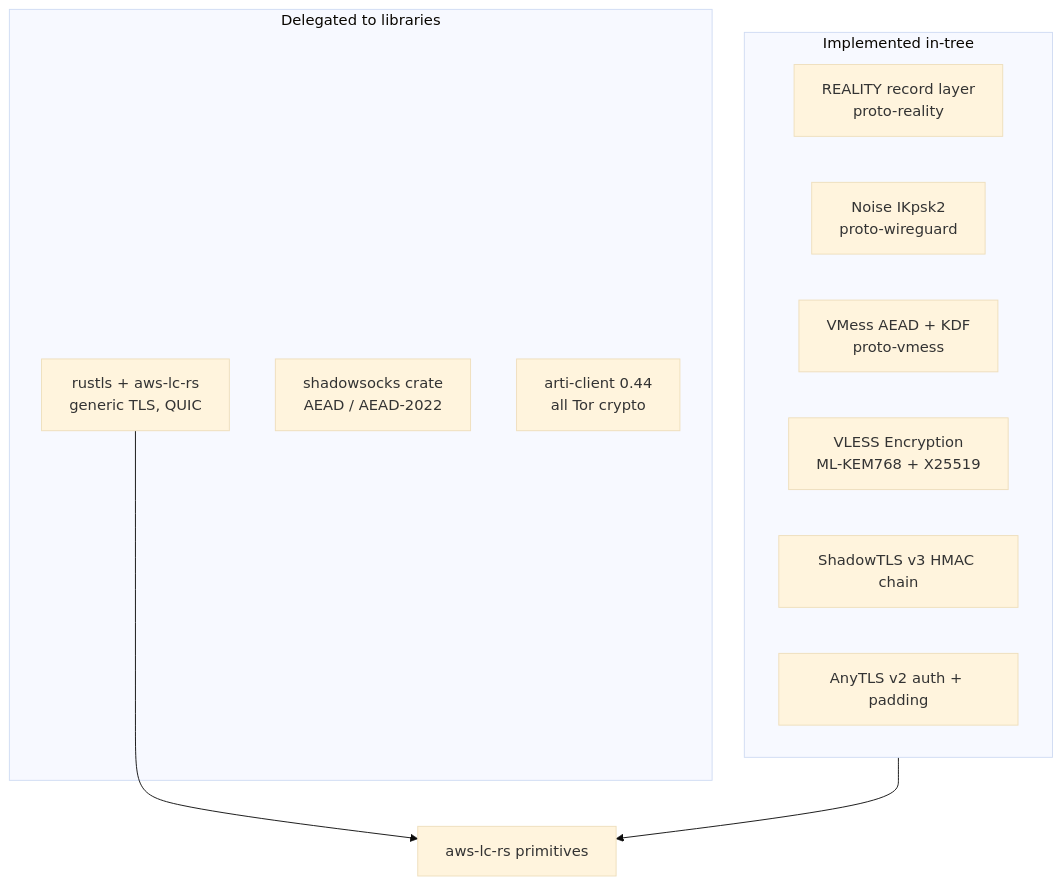
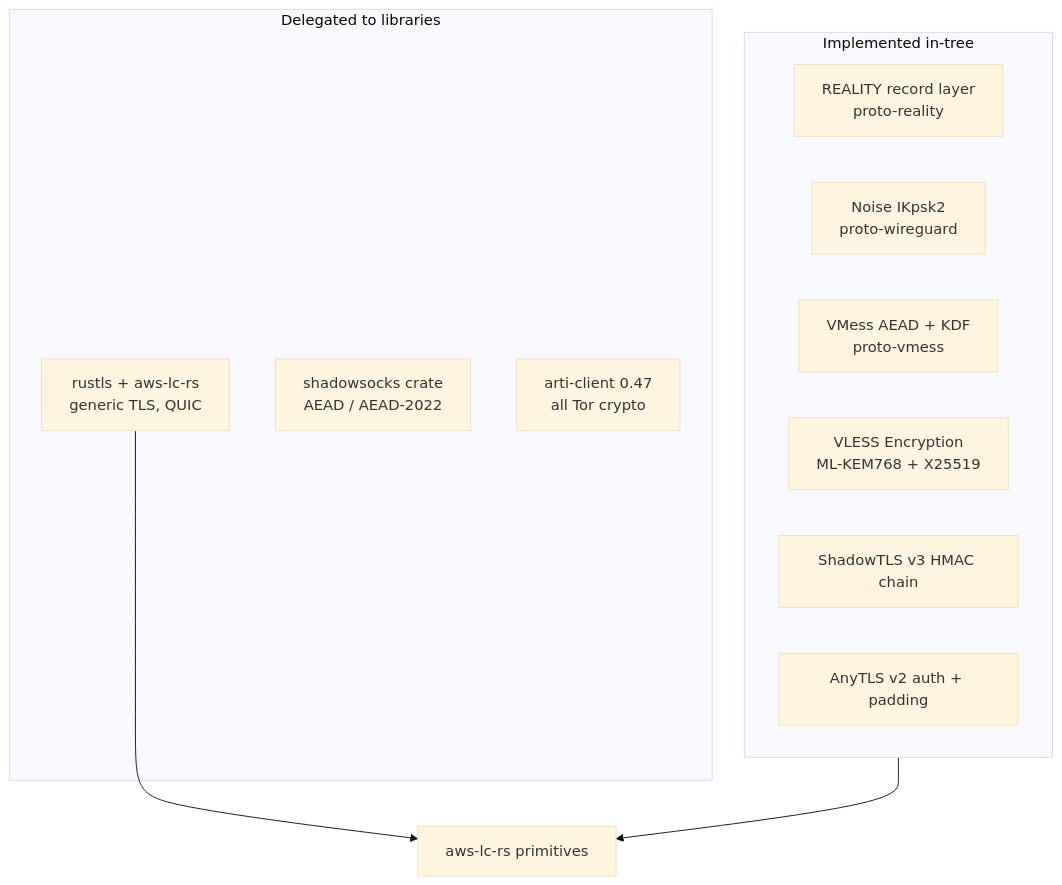
The first of 5 diagrams in docs/architecture/02-cryptography.md (foxhole-team/foxhole-core), drawn with Mermaid (base theme) before and after one commit. The commit also changed other lines of this file and 1788 other files, not shown here.

````diff
--- a/docs/architecture/02-cryptography.md
+++ b/docs/architecture/02-cryptography.md
@@ -9,18 +9,18 @@
 ```mermaid
 flowchart TD
     subgraph own["Implemented in-tree"]
         R["REALITY record layer<br/>proto-reality"]
         W["Noise IKpsk2<br/>proto-wireguard"]
         V["VMess AEAD + KDF<br/>proto-vmess"]
         E["VLESS Encryption<br/>ML-KEM768 + X25519"]
         S["ShadowTLS v3 HMAC chain"]
         A["AnyTLS v2 auth + padding"]
     end
     subgraph dep["Delegated to libraries"]
         RU["rustls + aws-lc-rs<br/>generic TLS, QUIC"]
         SS["shadowsocks crate<br/>AEAD / AEAD-2022"]
-        AR["arti-client 0.44<br/>all Tor crypto"]
+        AR["arti-client 0.47<br/>all Tor crypto"]
     end
     own --> LC["aws-lc-rs primitives"]
     RU --> LC
 ```
````
